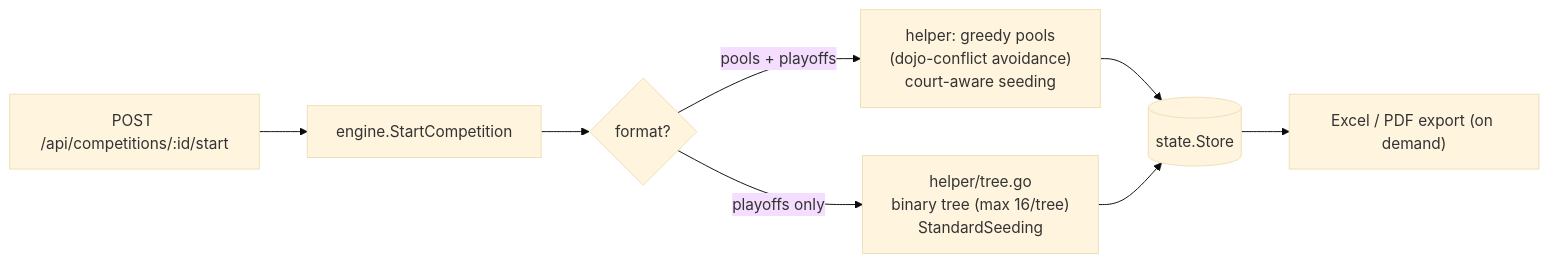
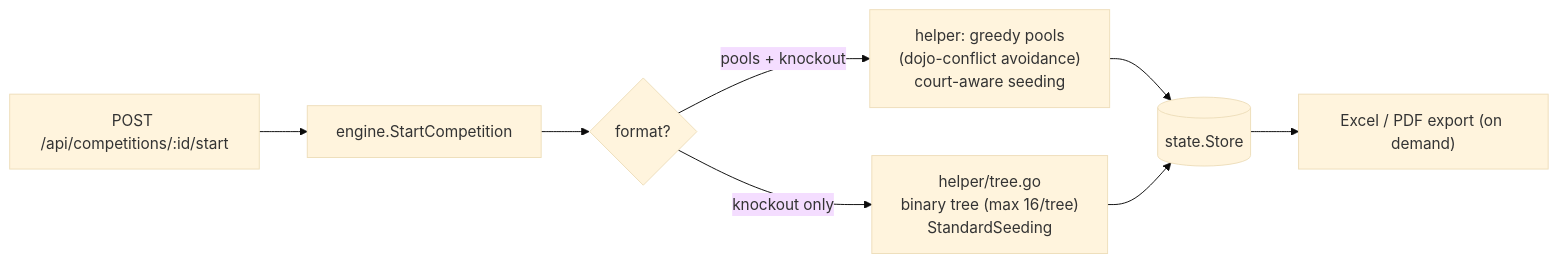
One commit to gitrgoliveira/bracket-creator changed the sixth of 7 diagrams in docs/architecture/software-architecture.md. Above: the diagram before and after it, drawn with Mermaid (base theme). The commit also changed other lines of this file and 28 other files, not shown here.

First line of the commit message:
docs(api): rename playoffs to knockout in the spec, docs and fixtures

````diff
--- a/docs/architecture/software-architecture.md
+++ b/docs/architecture/software-architecture.md
@@ -169,10 +169,10 @@
 ```mermaid
 flowchart LR
     start["POST /api/competitions/:id/start"] --> eng["engine.StartCompetition"]
     eng --> mode{"format?"}
-    mode -->|pools + playoffs| pools["helper: greedy pools<br/>(dojo-conflict avoidance)<br/>court-aware seeding"]
-    mode -->|playoffs only| tree["helper/tree.go<br/>binary tree (max 16/tree)<br/>StandardSeeding"]
+    mode -->|pools + knockout| pools["helper: greedy pools<br/>(dojo-conflict avoidance)<br/>court-aware seeding"]
+    mode -->|knockout only| tree["helper/tree.go<br/>binary tree (max 16/tree)<br/>StandardSeeding"]
     pools --> store[("state.Store")]
     tree --> store
     store --> excelOpt["Excel / PDF export (on demand)"]
 ```
````
